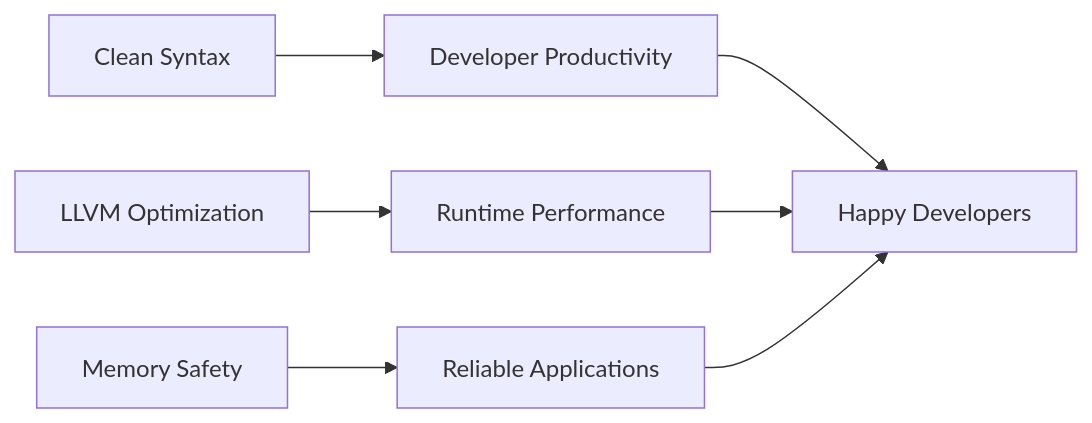
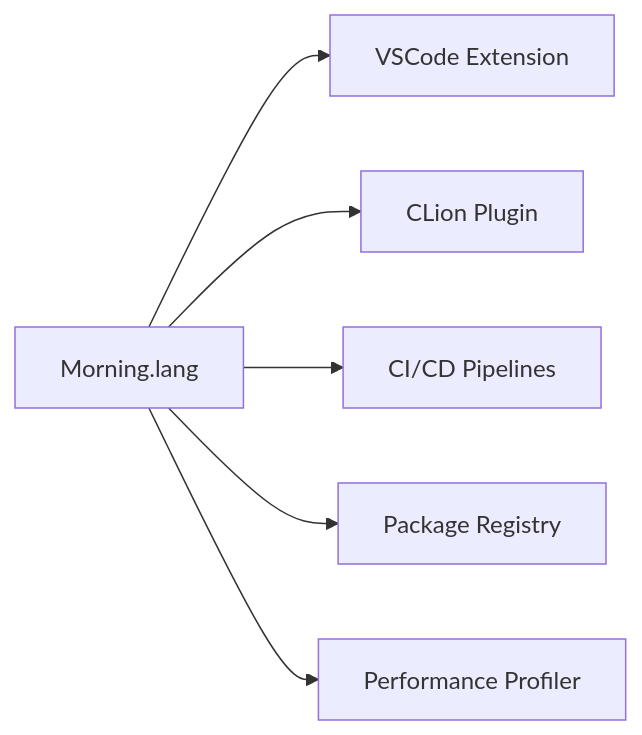
Before and after one commit to alexeev-prog/morning.lang: the second of 2 diagrams in README.md, drawn with Mermaid. The commit also changed other lines of this file and 5 other files, not shown here.

````diff
--- a/README.md
+++ b/README.md
@@ -116,9 +372,8 @@
-```mermaid
-graph LR
-A[Clean Syntax] --> B[Developer Productivity]
-C[LLVM Optimization] --> D[Runtime Performance]
-E[Memory Safety] --> F[Reliable Applications]
-B --> G[Happy Developers]
-D --> G
-F --> G
-```
+```mermaid  
+graph LR  
+    A[Morning.lang] --> B[VSCode Extension]  
+    A --> C[CLion Plugin]  
+    A --> D[CI/CD Pipelines]  
+    A --> E[Package Registry]  
+    A --> F[Performance Profiler]  
+```  
````
